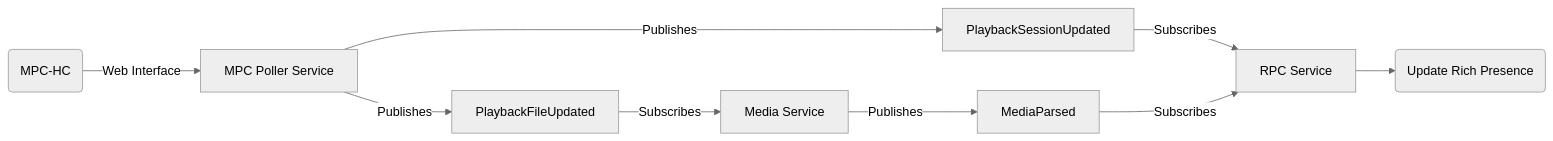
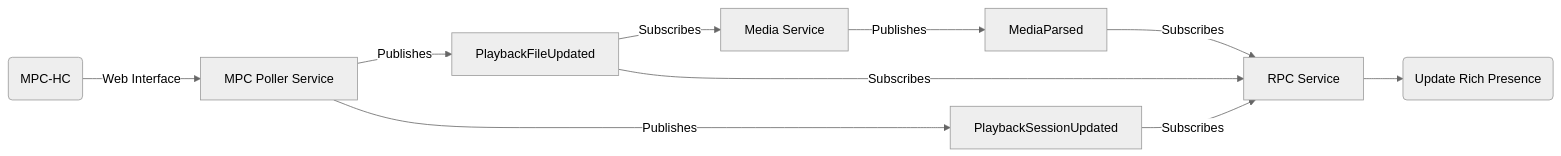
One commit to heatoz/media-rpc changed the diagram in ARCHITECTURE.md. Above: the diagram before and after it, drawn with Mermaid (neutral theme).

````diff
--- a/ARCHITECTURE.md
+++ b/ARCHITECTURE.md
@@ -1,30 +1,32 @@
 ```mermaid
 
 graph LR
 
     PlaybackSessionUpdated["PlaybackSessionUpdated"]
     PlaybackFileUpdated["PlaybackFileUpdated"]
     UpdateRichPresence("Update Rich Presence")
     MpcPollerService["MPC Poller Service"]
     MediaService["Media Service"]
     MediaParsed["MediaParsed"]
     RpcService["RPC Service"]
     MPCHC("MPC-HC")
     
     MPCHC -->|Web Interface| MpcPollerService
     
     MpcPollerService -->|Publishes| PlaybackFileUpdated
     
     MpcPollerService -->|Publishes| PlaybackSessionUpdated
     
     PlaybackFileUpdated -->|Subscribes| MediaService
     
+    PlaybackFileUpdated -->|Subscribes| RpcService
+
     MediaService -->|Publishes| MediaParsed
     
     PlaybackSessionUpdated -->|Subscribes| RpcService
     
     MediaParsed -->|Subscribes| RpcService
     
     RpcService --> UpdateRichPresence
     
 ```
````
